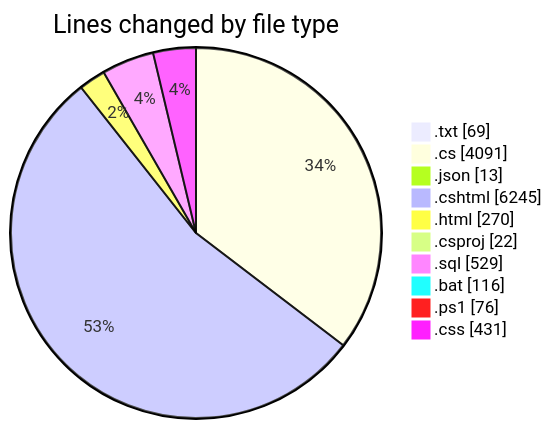
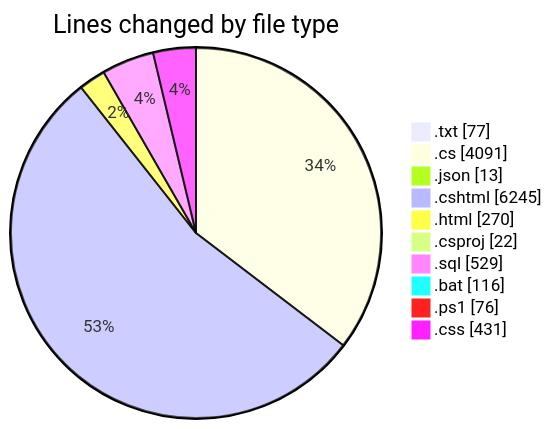
Before and after one commit to lephambinh05/code-tracking: the first of 2 diagrams in 2025-07-27/quanlyrapchieuphim-1/README.md, drawn with Mermaid. The commit also changed other lines of this file and 1 other file, not shown here.

````diff
--- a/2025-07-27/quanlyrapchieuphim-1/README.md
+++ b/2025-07-27/quanlyrapchieuphim-1/README.md
@@ -61,14 +61,14 @@
 ```mermaid
 pie showData
 title Lines changed by file type
-".txt" : 69
+".txt" : 77
 ".cs" : 4091
 ".json" : 13
 ".cshtml" : 6245
 ".html" : 270
 ".csproj" : 22
 ".sql" : 529
 ".bat" : 116
 ".ps1" : 76
 ".css" : 431
 ```
````
